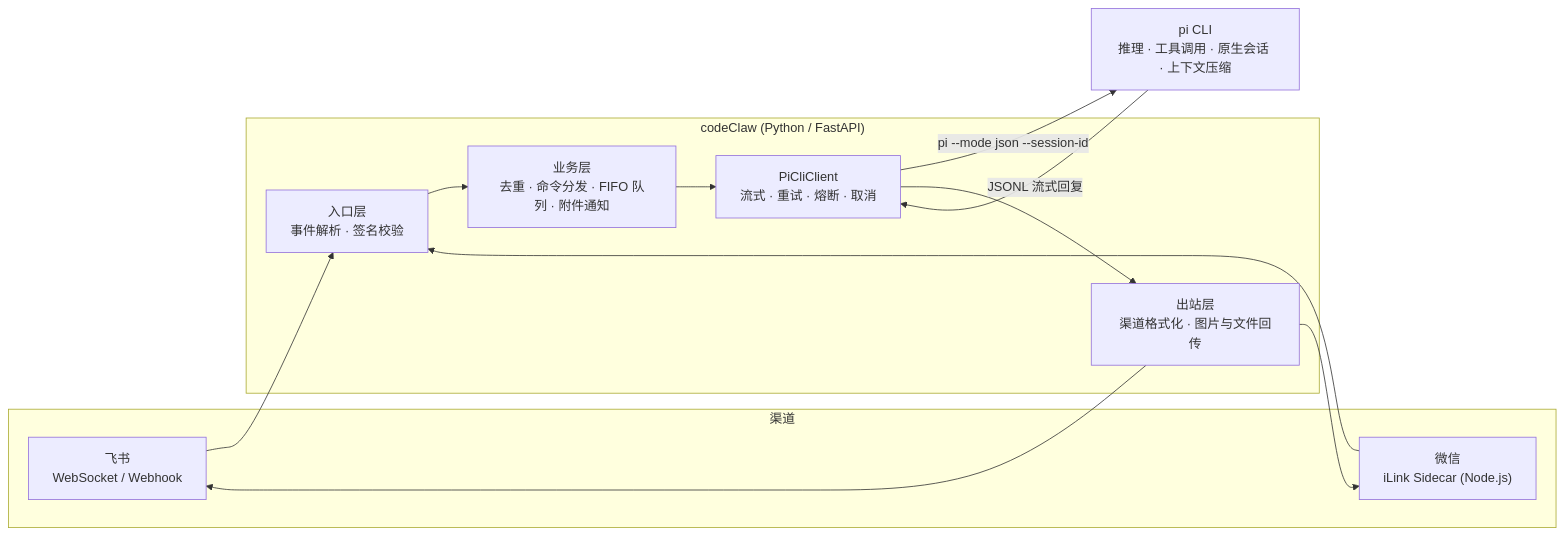
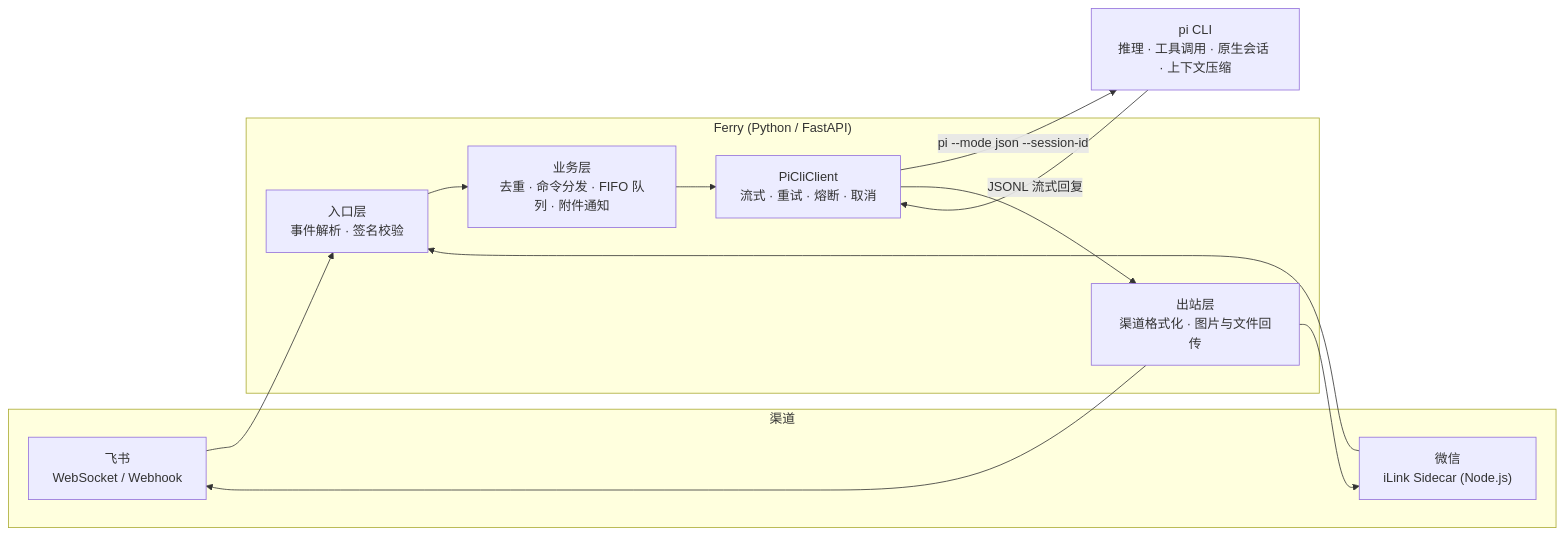
Before and after one commit to felixzhang-glitch/Ferry: the first of 2 diagrams in README.md, drawn with Mermaid. The commit also changed other lines of this file and 22 other files, not shown here.

Commit message:
rename: codeClaw → Ferry — 项目全面重命名

````diff
--- a/README.md
+++ b/README.md
@@ -19,25 +19,25 @@
 ```mermaid
 flowchart LR
     subgraph channels["渠道"]
         FS["飞书<br/>WebSocket / Webhook"]
         WX["微信<br/>iLink Sidecar (Node.js)"]
     end
 
-    subgraph claw["codeClaw (Python / FastAPI)"]
+    subgraph claw["Ferry (Python / FastAPI)"]
         IN["入口层<br/>事件解析 · 签名校验"]
         CORE["业务层<br/>去重 · 命令分发 · FIFO 队列 · 附件通知"]
         CLI["PiCliClient<br/>流式 · 重试 · 熔断 · 取消"]
         OUT["出站层<br/>渠道格式化 · 图片与文件回传"]
     end
 
     PI["pi CLI<br/>推理 · 工具调用 · 原生会话 · 上下文压缩"]
 
     FS --> IN
     WX --> IN
     IN --> CORE --> CLI
     CLI -- "pi --mode json --session-id" --> PI
     PI -- "JSONL 流式回复" --> CLI
     CLI --> OUT
     OUT --> FS
     OUT --> WX
 ```
````
